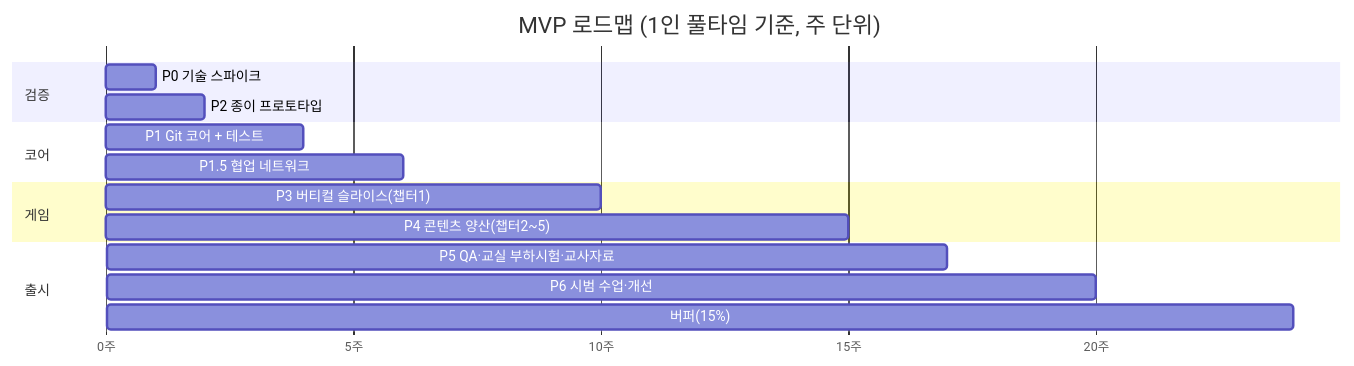
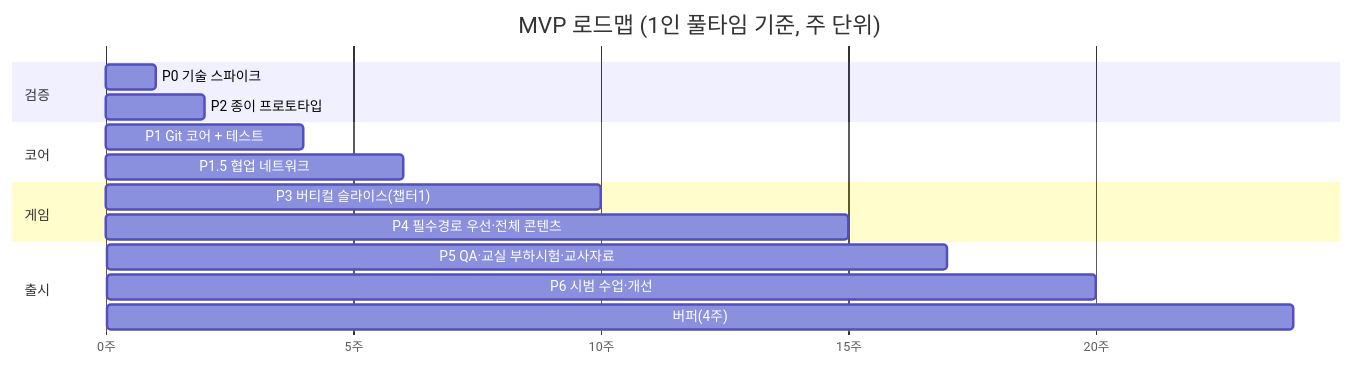
One commit to JUNGHWAN12/Git changed the first of 2 diagrams in docs/IMPLEMENTATION_PLAN.md. Above: the diagram before and after it, drawn with Mermaid. The commit also changed other lines of this file and 19 other files, not shown here.

````diff
--- a/docs/IMPLEMENTATION_PLAN.md
+++ b/docs/IMPLEMENTATION_PLAN.md
@@ -39,19 +40,19 @@
 ```mermaid
 gantt
     title MVP 로드맵 (1인 풀타임 기준, 주 단위)
     dateFormat  X
     axisFormat  %s주
     section 검증
     P0 기술 스파이크            :p0, 0, 1
     P2 종이 프로토타입          :p2, 1, 2
     section 코어
     P1 Git 코어 + 테스트        :p1, 1, 4
     P1.5 협업 네트워크          :p15, 4, 6
     section 게임
     P3 버티컬 슬라이스(챕터1)   :p3, 6, 10
-    P4 콘텐츠 양산(챕터2~5)     :p4, 10, 15
+    P4 필수경로 우선·전체 콘텐츠     :p4, 10, 15
     section 출시
     P5 QA·교실 부하시험·교사자료 :p5, 15, 17
     P6 시범 수업·개선           :p6, 17, 20
-    버퍼(15%)                  :buf, 20, 24
+    버퍼(4주)                  :buf, 20, 24
 ```
````
